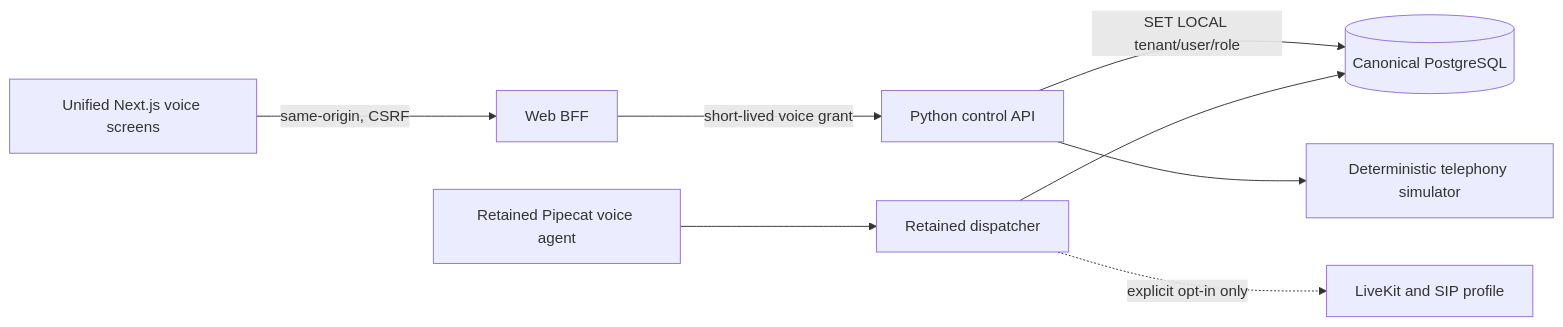
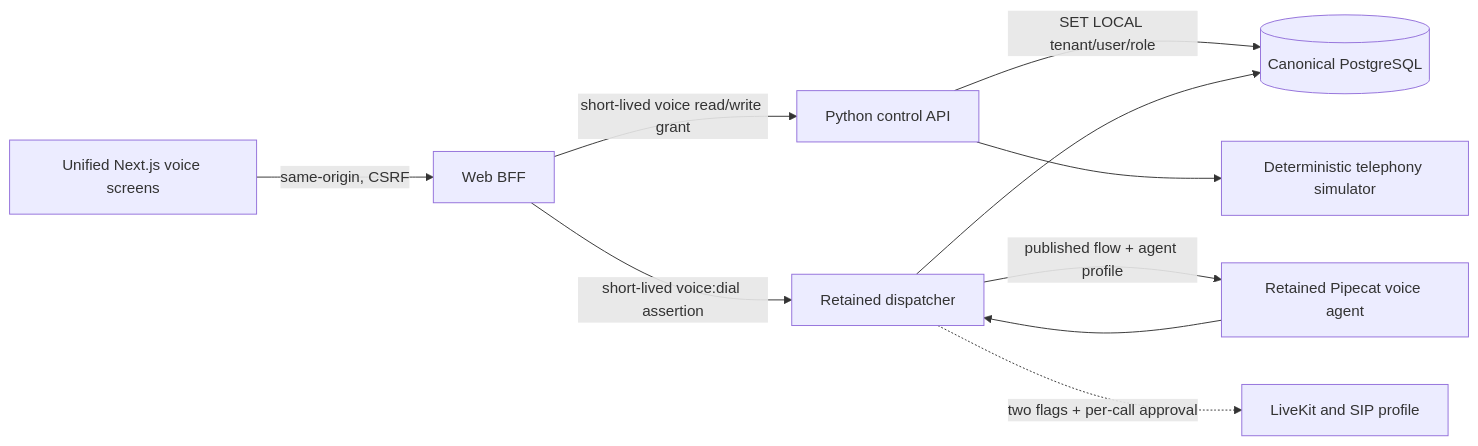
The diagram in docs/architecture/telephony.md (Or-On/OrOn-CRM), drawn with Mermaid before and after one commit. The commit also changed other lines of this file and 662 other files, not shown here.

````diff
--- a/docs/architecture/telephony.md
+++ b/docs/architecture/telephony.md
@@ -9,10 +9,12 @@
 ```mermaid
 flowchart LR
   Web[Unified Next.js voice screens] -->|same-origin, CSRF| BFF[Web BFF]
-  BFF -->|short-lived voice grant| API[Python control API]
+  BFF -->|short-lived voice read/write grant| API[Python control API]
+  BFF -->|short-lived voice:dial assertion| Dispatcher
   API -->|SET LOCAL tenant/user/role| PG[(Canonical PostgreSQL)]
   API --> Simulator[Deterministic telephony simulator]
   Dispatcher[Retained dispatcher] --> PG
   Agent[Retained Pipecat voice agent] --> Dispatcher
-  Dispatcher -. explicit opt-in only .-> LiveKit[LiveKit and SIP profile]
+  Dispatcher -->|published flow + agent profile| Agent
+  Dispatcher -. two flags + per-call approval .-> LiveKit[LiveKit and SIP profile]
 ```
````
